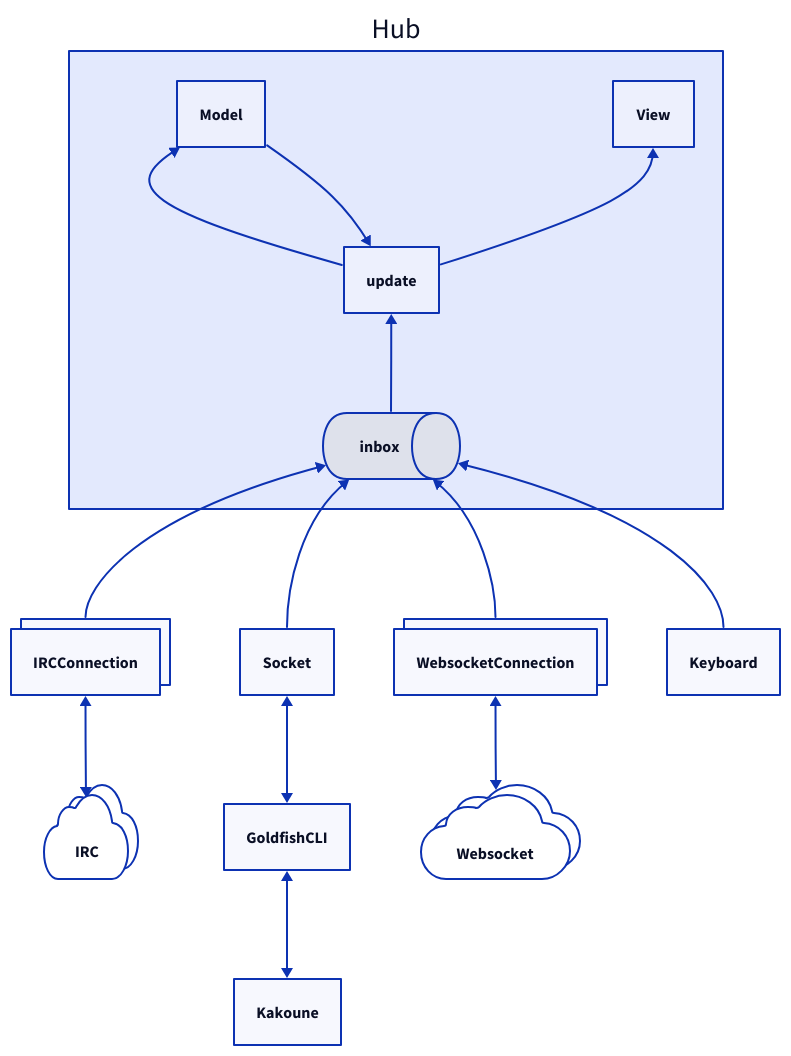
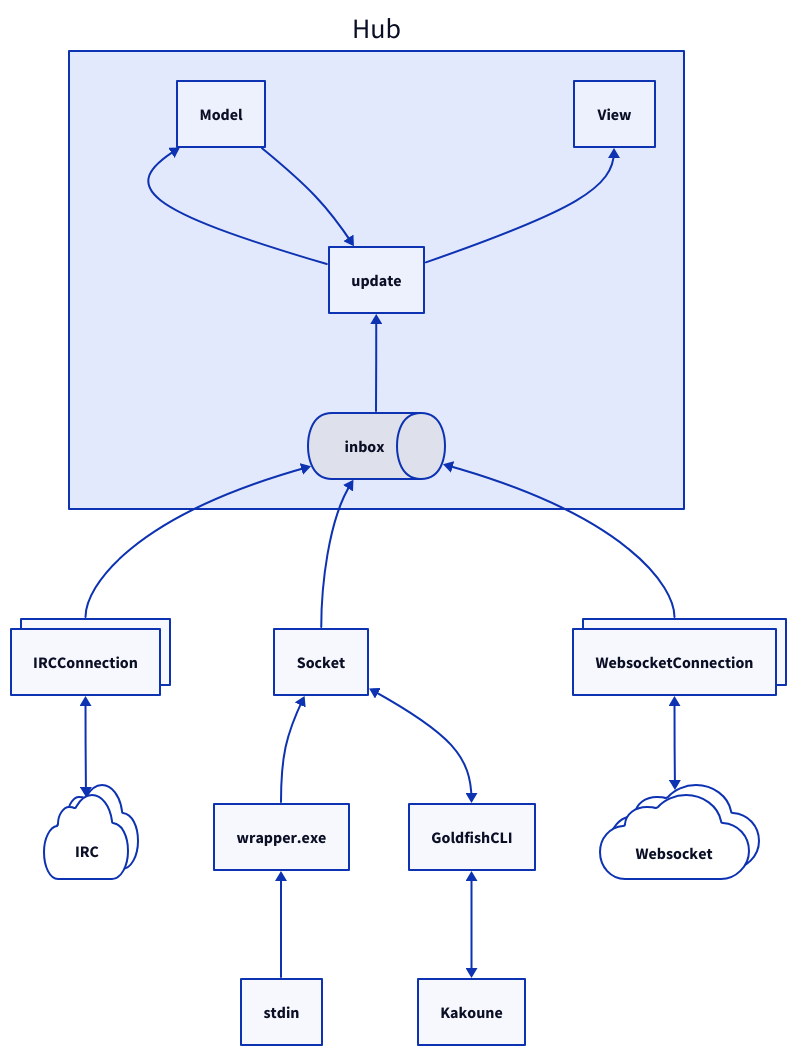
The diagram in docs/design.d2 (aecepoglu/twitchy-poison), drawn with D2 before and after one commit. The commit also changed 14 other files, not shown here.

```diff
--- a/docs/design.d2
+++ b/docs/design.d2
@@ -1,21 +1,21 @@
 direction: up
 
 IRC.shape: cloud
 IRC.style.multiple: true
 Websocket.shape: cloud
 Websocket.style.multiple: true
 IRCConnection.style.multiple: true
 WebsocketConnection.style.multiple: true
 Hub.inbox.shape: queue
 
 IRC <> IRCConnection
 Websocket <> WebsocketConnection
 IRCConnection -> Hub.inbox
 Socket -> Hub.inbox
 WebsocketConnection -> Hub.inbox
 Hub.inbox -> Hub.update
 Hub.Model -> Hub.update -> Hub.Model
 Hub.update -> Hub.View
-Keyboard -> Hub.inbox
+stdin -> "wrapper.exe" -> Socket
 
 Kakoune <> GoldfishCLI <> Socket
```
